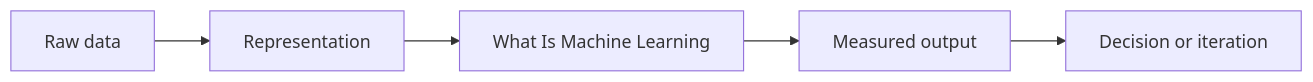
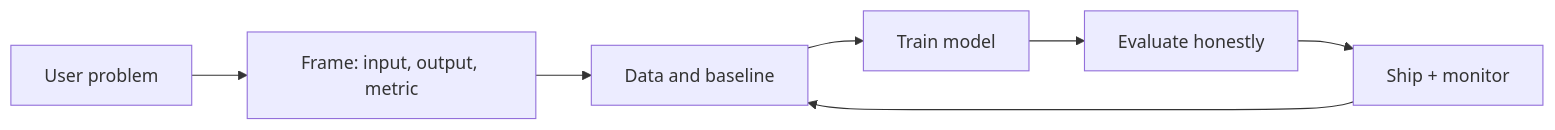
The diagram in fundamentals/01-what-is-machine-learning.md (Icon1cc/Machine-Learning), drawn with Mermaid before and after one commit. The commit also changed other lines of this file and 264 other files, not shown here.

````diff
--- a/fundamentals/01-what-is-machine-learning.md
+++ b/fundamentals/01-what-is-machine-learning.md
@@ -92,7 +69,9 @@
 ```mermaid
 flowchart LR
-    A[Raw data] --> B[Representation]
-    B --> C[What Is Machine Learning]
-    C --> D[Measured output]
-    D --> E[Decision or iteration]
+    A[User problem] --> B[Frame: input, output, metric]
+    B --> C[Data and baseline]
+    C --> D[Train model]
+    D --> E[Evaluate honestly]
+    E --> F[Ship + monitor]
+    F --> C
 ```
````
